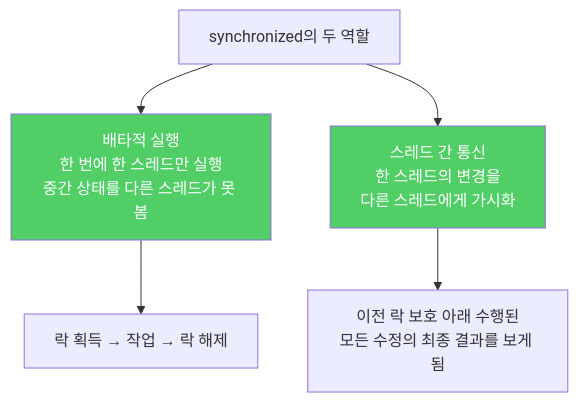
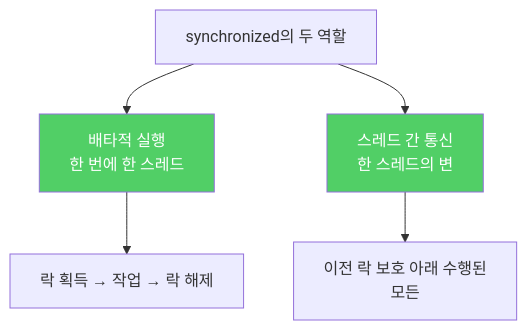
The diagram in _posts/java/2022-03-03-effective-java78.md (yjkim2015/yjkim2015.github.io), drawn with Mermaid before and after one commit. The commit also changed 271 other files, not shown here.

First line of the commit message:
Mermaid 라벨 축소: 긴 노드 텍스트 18자 이하로 트림 + \n 제거

````diff
--- a/_posts/java/2022-03-03-effective-java78.md
+++ b/_posts/java/2022-03-03-effective-java78.md
@@ -20,9 +20,9 @@
 ```mermaid
 graph TD
-    A["synchronized의 두 역할"] --> B["배타적 실행\n한 번에 한 스레드만 실행\n중간 상태를 다른 스레드가 못 봄"]
-    A --> C["스레드 간 통신\n한 스레드의 변경을\n다른 스레드에게 가시화"]
+    A["synchronized의 두 역할"] --> B["배타적 실행\n한 번에 한 스레드"]
+    A --> C["스레드 간 통신\n한 스레드의 변"]
     B --> D["락 획득 → 작업 → 락 해제"]
-    C --> E["이전 락 보호 아래 수행된\n모든 수정의 최종 결과를 보게 됨"]
+    C --> E["이전 락 보호 아래 수행된\n모든"]
     style B fill:#51cf66,color:#fff
     style C fill:#51cf66,color:#fff
 ```
````
